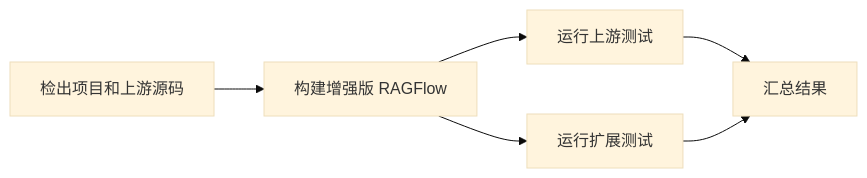
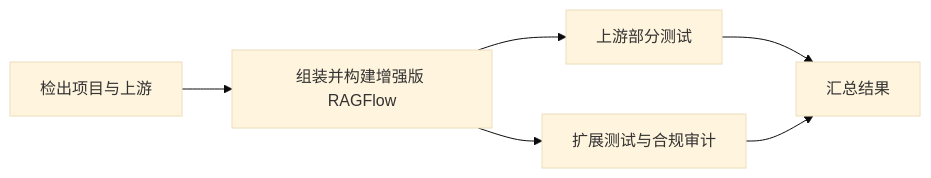
The diagram in README.zh-CN.md (Sanderhoff-alt/oh-my-ragflow), drawn with Mermaid (base theme) before and after one commit. The commit also changed other lines of this file and 2 other files, not shown here.

````diff
--- a/README.zh-CN.md
+++ b/README.zh-CN.md
@@ -40,8 +52,8 @@
 ```mermaid
 flowchart LR
-    A[检出项目和上游源码] --> B[构建增强版 RAGFlow]
-    B --> C[运行上游测试]
-    B --> D[运行扩展测试]
+    A[检出项目与上游] --> B[组装并构建增强版 RAGFlow]
+    B --> C[上游部分测试]
+    B --> D[扩展测试与合规审计]
     C --> E[汇总结果]
     D --> E
 ```
````
